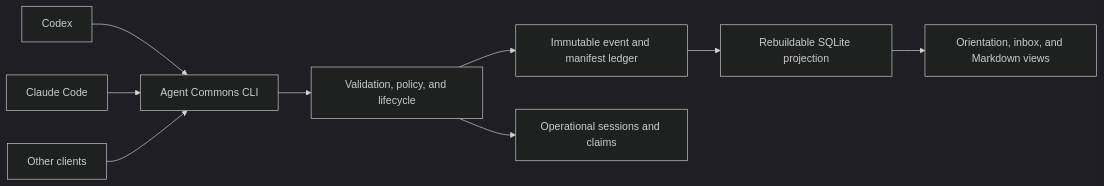
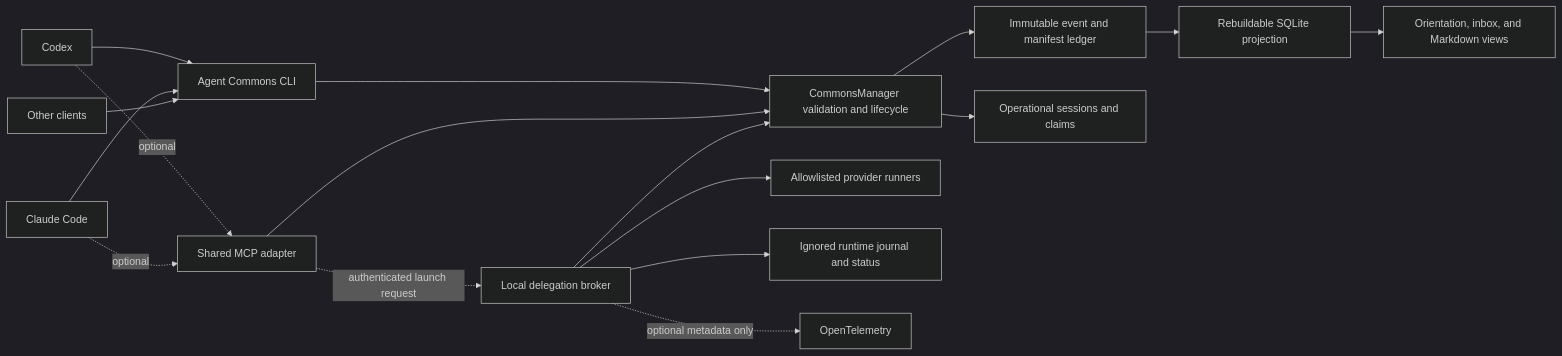
The diagram in docs/ARCHITECTURE.md (BejeweledMe/agent-commons), drawn with Mermaid (dark theme) before and after one commit. The commit also changed other lines of this file and 53 other files, not shown here.

````diff
--- a/docs/ARCHITECTURE.md
+++ b/docs/ARCHITECTURE.md
@@ -73,11 +78,19 @@
 ```mermaid
 flowchart LR
     C[Codex] --> CLI[Agent Commons CLI]
     H[Claude Code] --> CLI
     O[Other clients] --> CLI
-    CLI --> B[Validation, policy, and lifecycle]
+    C -. optional .-> MCP[Shared MCP adapter]
+    H -. optional .-> MCP
+    CLI --> B[CommonsManager validation and lifecycle]
+    MCP --> B
+    MCP -. authenticated launch request .-> R[Local delegation broker]
+    R --> P[Allowlisted provider runners]
+    R --> B
     B --> L[Immutable event and manifest ledger]
     B --> S[Operational sessions and claims]
+    R --> RS[Ignored runtime journal and status]
+    R -. optional metadata only .-> OT[OpenTelemetry]
     L --> I[Rebuildable SQLite projection]
     I --> V[Orientation, inbox, and Markdown views]
 ```
````
